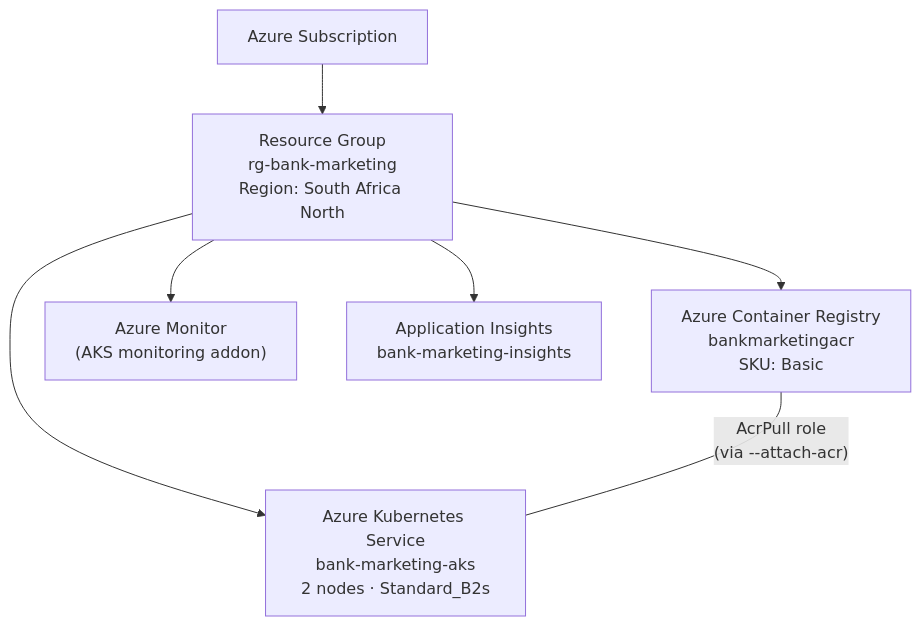
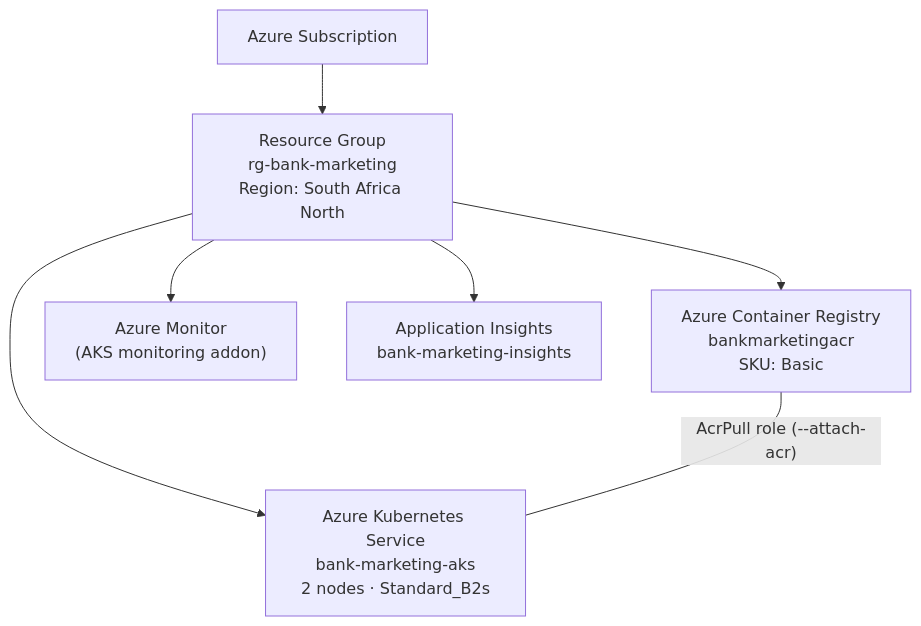
Before and after one commit to Annemarie-Bester/marketing-model-mlops-azure: the second of 6 diagrams in docs/architecture.md, drawn with Mermaid. The commit also changed other lines of this file and 6 other files, not shown here.

````diff
--- a/docs/architecture.md
+++ b/docs/architecture.md
@@ -104,11 +107,11 @@
 ```mermaid
 flowchart TD
     SUB["Azure Subscription"] --> RG["Resource Group<br/>rg-bank-marketing<br/>Region: South Africa North"]
 
     RG --> ACR["Azure Container Registry<br/>bankmarketingacr<br/>SKU: Basic"]
     RG --> AKS["Azure Kubernetes Service<br/>bank-marketing-aks<br/>2 nodes · Standard_B2s"]
     RG --> MON["Azure Monitor<br/>(AKS monitoring addon)"]
     RG --> AI["Application Insights<br/>bank-marketing-insights"]
 
-    ACR ---|"AcrPull role<br/>(via --attach-acr)"| AKS
+    ACR ---|"AcrPull role (--attach-acr)"| AKS
 ```
````
